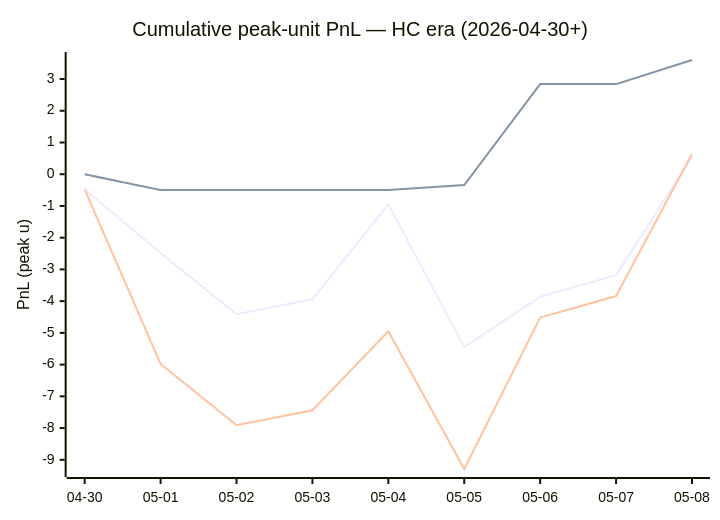
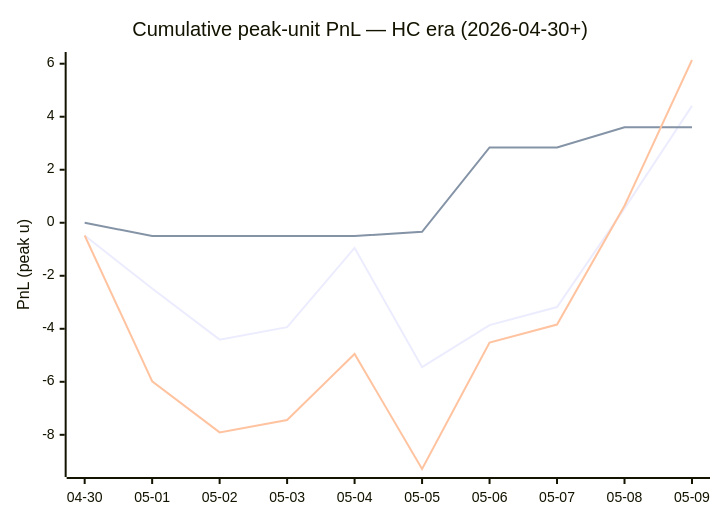
Before and after one commit to dpk1212/nhl-savant: the diagram in DAILY_V6_REPORT.md, drawn with Mermaid. The commit also changed other lines of this file, not shown here.

````diff
--- a/DAILY_V6_REPORT.md
+++ b/DAILY_V6_REPORT.md
@@ -165,9 +170,9 @@
 ```mermaid
 xychart-beta
     title "Cumulative peak-unit PnL — HC era (2026-04-30+)"
-    x-axis ["04-30", "05-01", "05-02", "05-03", "05-04", "05-05", "05-06", "05-07", "05-08"]
+    x-axis ["04-30", "05-01", "05-02", "05-03", "05-04", "05-05", "05-06", "05-07", "05-08", "05-09"]
     y-axis "PnL (peak u)"
-    line "HC ≥ +1" [-0.48, -2.48, -4.41, -3.94, -0.95, -5.45, -3.86, -3.18, 0.54]
-    line "HC = 0"  [0.00, -0.50, -0.50, -0.50, -0.50, -0.34, 2.84, 2.84, 3.60]
-    line "All (HC era)" [-0.48, -5.98, -7.91, -7.44, -4.95, -9.29, -4.52, -3.84, 0.64]
+    line "HC ≥ +1" [-0.48, -2.48, -4.41, -3.94, -0.95, -5.45, -3.86, -3.18, 0.54, 4.41]
+    line "HC = 0"  [0.00, -0.50, -0.50, -0.50, -0.50, -0.34, 2.84, 2.84, 3.60, 3.60]
+    line "All (HC era)" [-0.48, -5.98, -7.91, -7.44, -4.95, -9.29, -4.52, -3.84, 0.64, 6.14]
 ```
````
